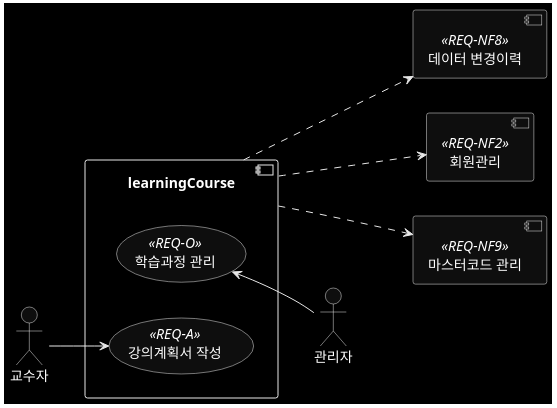
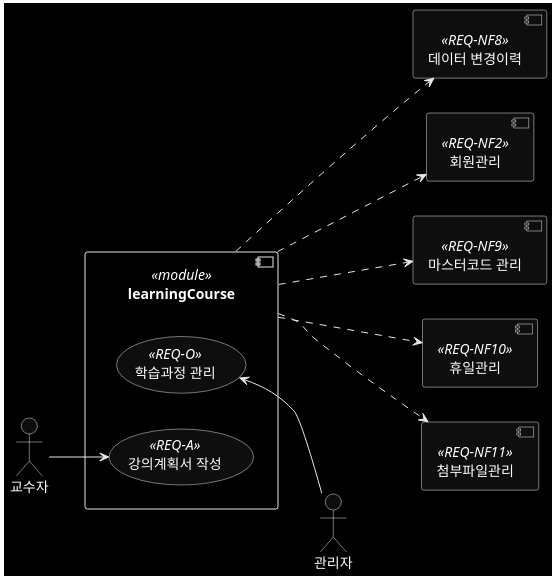
One commit to ohhoonim/lms-design changed the diagram in 020-유스케이스-도메인/학습과정/usecase.md. Above: the diagram before and after it, drawn with PlantUML. The commit also changed 3 other files, not shown here.

Commit message:
수강 유스케이스 Fixes #11 usecase diagram 작성

````diff
--- a/020-유스케이스-도메인/학습과정/usecase.md
+++ b/020-유스케이스-도메인/학습과정/usecase.md
@@ -5,25 +5,29 @@
 ```plantuml
 @startuml
 skinparam monochrome reverse
 left to right direction
 
 :교수자: as professor
 :관리자: as manager
 
-component learningCourse {
+component learningCourse <<module>> {
     (강의계획서 작성) as req_a <<REQ-A>>
     (학습과정 관리) as req_o <<REQ-O>>
 
 }
 
 [데이터 변경이력] <<REQ-NF8>>
 [회원관리] <<REQ-NF2>>
 [마스터코드 관리] <<REQ-NF9>>
+[휴일관리] <<REQ-NF10>>
+[첨부파일관리] <<REQ-NF11>>
 
 professor --> req_a
 manager -up-> req_o
 learningCourse ...> [데이터 변경이력]
 learningCourse ...> [회원관리]
 learningCourse ...> [마스터코드 관리]
+learningCourse ...> [휴일관리]
+learningCourse ...> [첨부파일관리]
 @enduml
 ```
````
